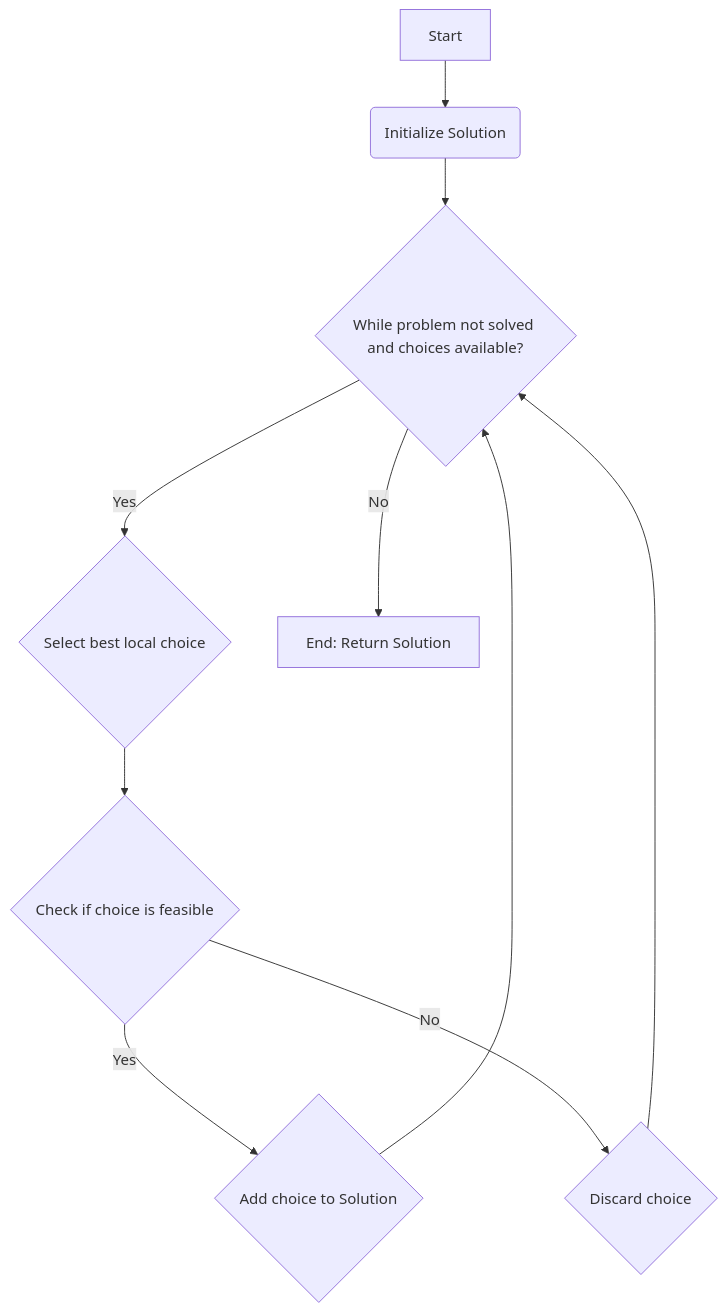
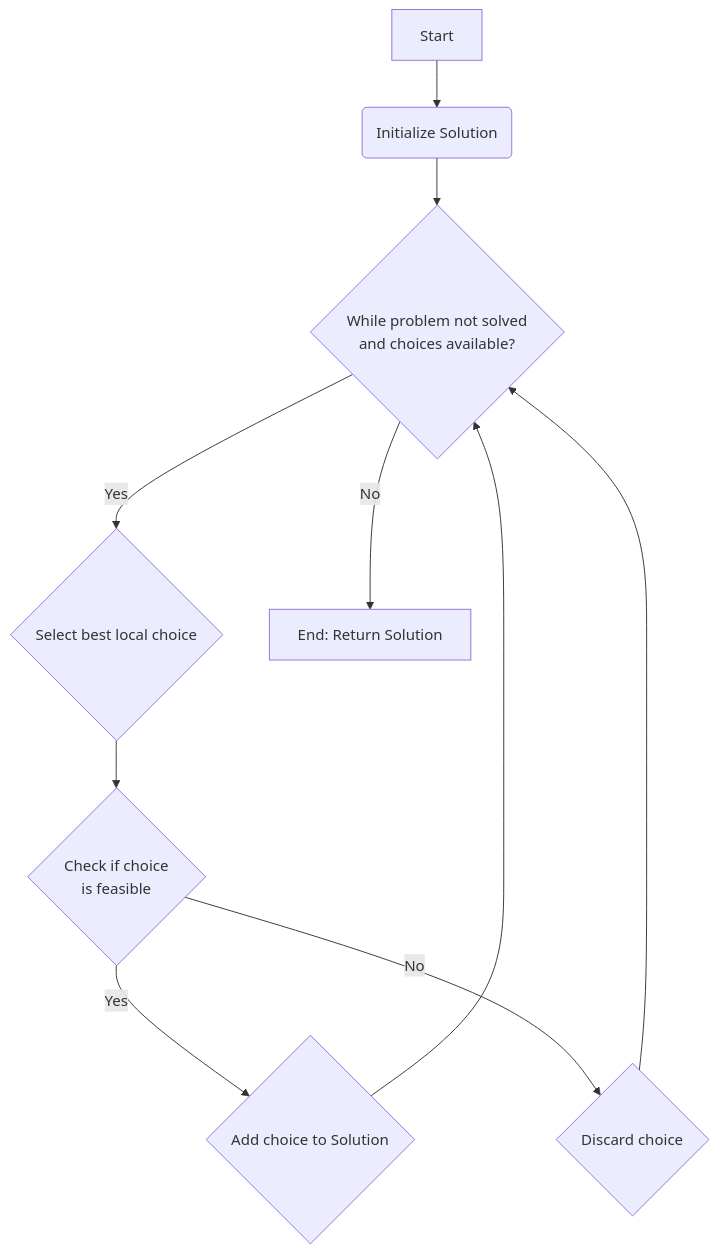
The second of 18 diagrams in s6/aad/ie2.md (djmahe4/ktu-mindmaps), drawn with Mermaid before and after one commit. The commit also changed other lines of this file, not shown here.

Commit message:
Updated analysis content for algorithm design strategies and associated diagrams.

````diff
--- a/s6/aad/ie2.md
+++ b/s6/aad/ie2.md
@@ -21,12 +32,12 @@
 ```mermaid
 graph TD
-    A[Start] --> B(Initialize Solution);
-    B --> C{While problem not solved and choices available?};
-    C -- Yes --> D{Select best local choice};
-    D --> E{Check if choice is feasible};
-    E -- Yes --> F{Add choice to Solution};
-    E -- No --> G{Discard choice};
-    G --> C;
-    F --> C;
-    C -- No --> H[End: Return Solution];
+    A[Start] --> B(Initialize Solution)
+    B --> C{While problem not solved<br/>and choices available?}
+    C -- Yes --> D{Select best local choice}
+    D --> E{Check if choice<br/>is feasible}
+    E -- Yes --> F{Add choice to Solution}
+    E -- No --> G{Discard choice}
+    G --> C
+    F --> C
+    C -- No --> H[End: Return Solution]
 ```
````
